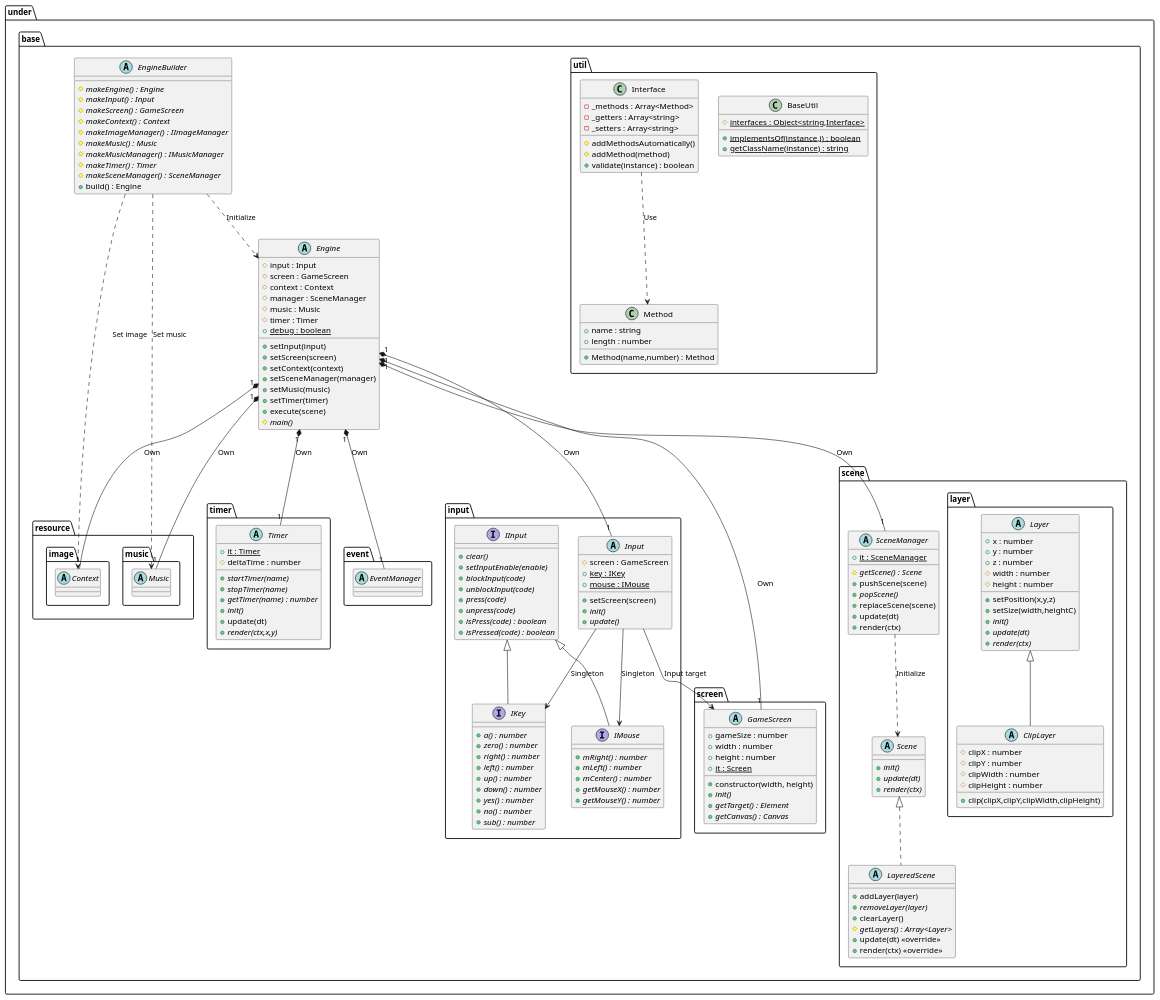
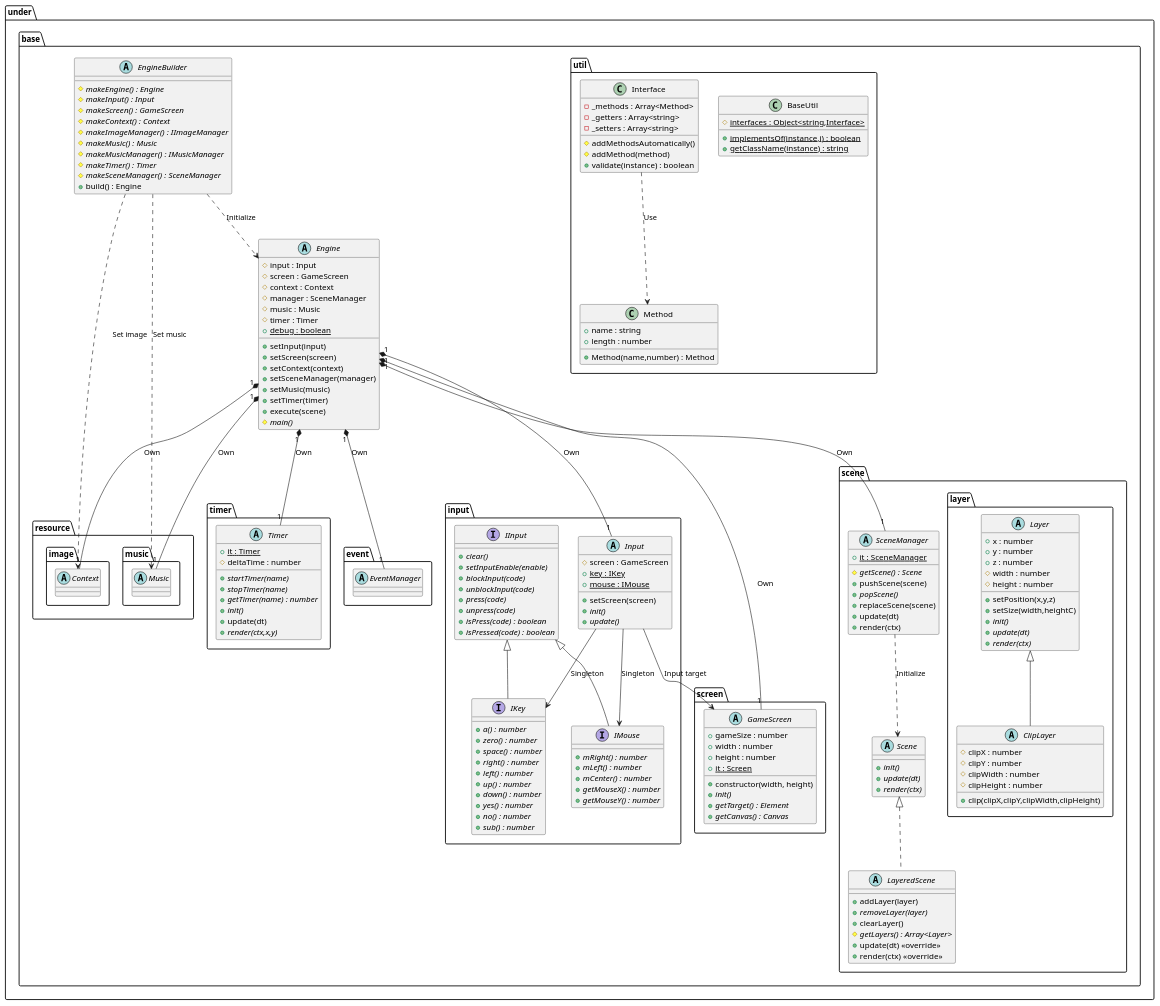
The diagram in uml/gamebase/Base.wsd (Expine/Under), drawn with PlantUML before and after one commit. The commit also changed 6 other files, not shown here.

```diff
--- a/uml/gamebase/Base.wsd
+++ b/uml/gamebase/Base.wsd
@@ -56,6 +56,7 @@
             interface IKey {
                 {abstract} +a() : number
                 {abstract} +zero() : number
+                {abstract} +space() : number
                 {abstract} +right() : number
                 {abstract} +left() : number
                 {abstract} +up() : number
```
